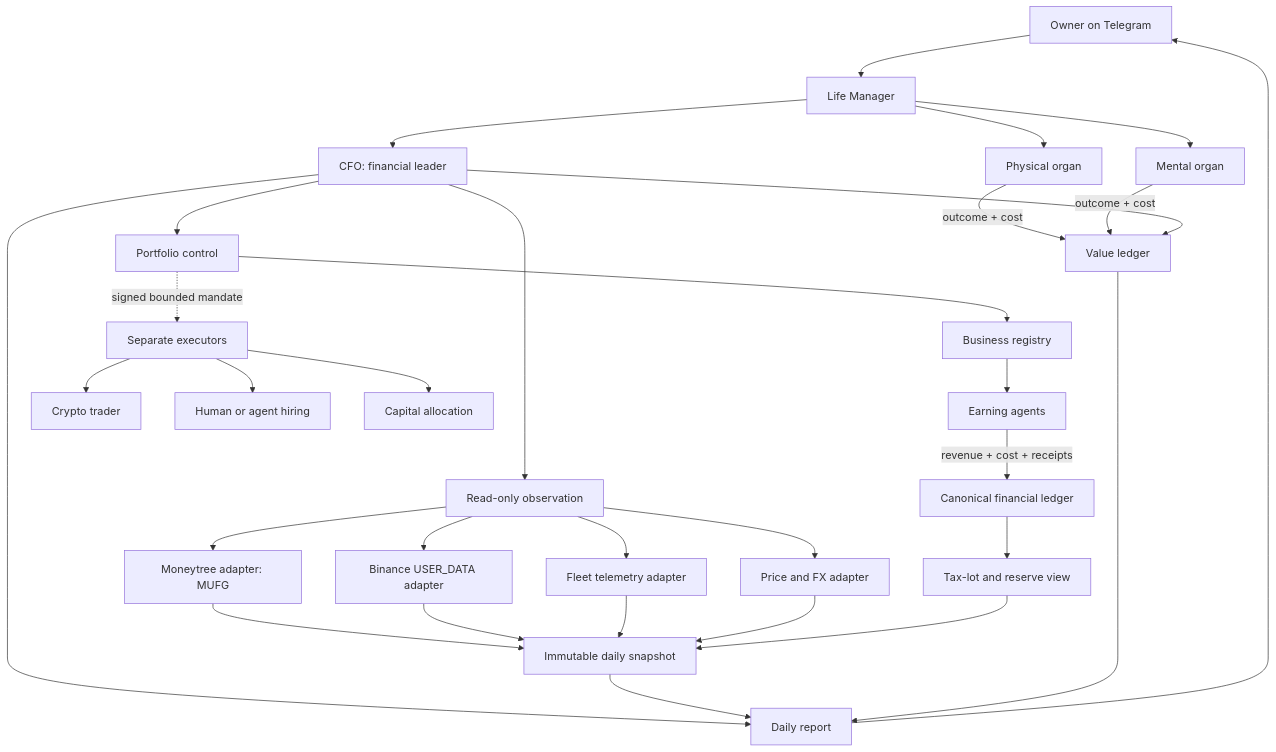
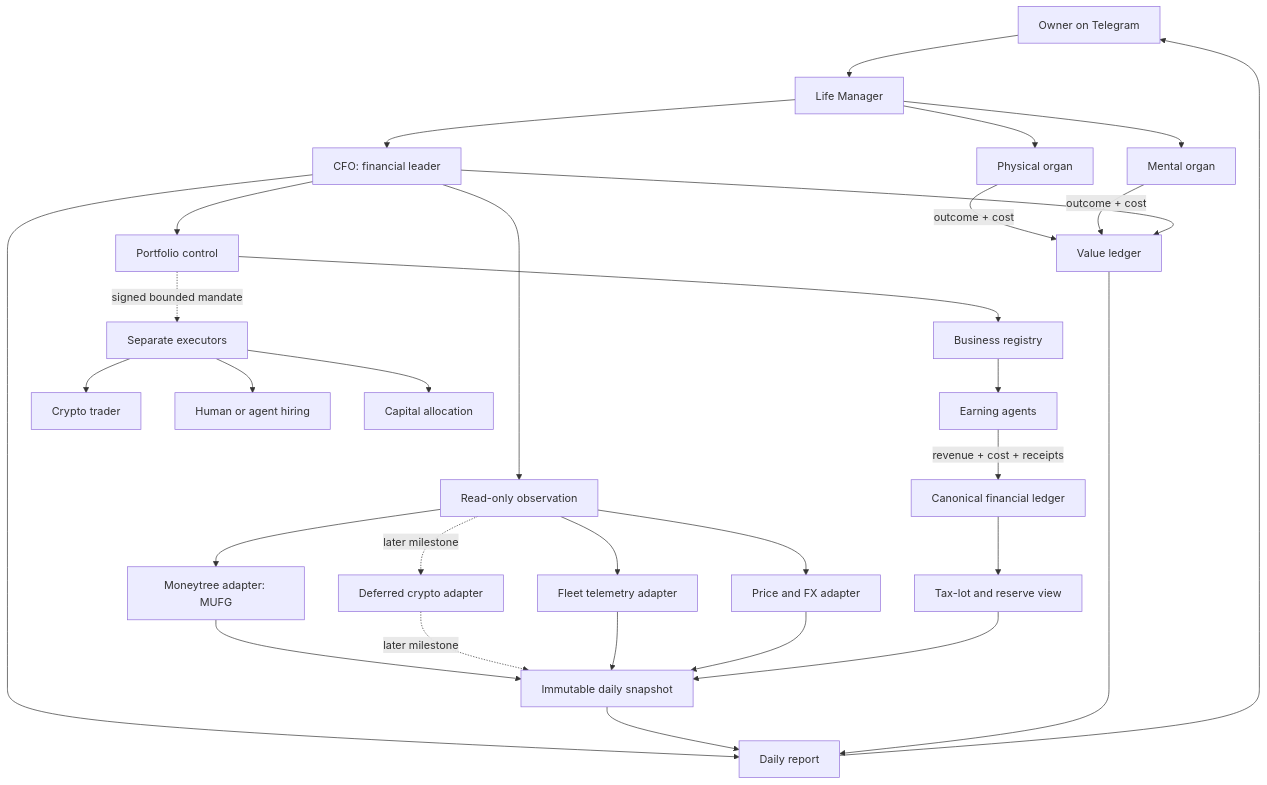
Before and after one commit to Daisuke134/anicca: the first of 7 diagrams in docs/superpowers/specs/2026-08-06-life-manager-cfo-design.md, drawn with Mermaid. The commit also changed other lines of this file and 1 other file, not shown here.

````diff
--- a/docs/superpowers/specs/2026-08-06-life-manager-cfo-design.md
+++ b/docs/superpowers/specs/2026-08-06-life-manager-cfo-design.md
@@ -168,39 +166,39 @@
 ```mermaid
 flowchart TB
     O[Owner on Telegram] --> LM[Life Manager]
     LM --> CFO[CFO: financial leader]
     LM --> PH[Physical organ]
     LM --> MH[Mental organ]
 
     PH -->|outcome + cost| VL[Value ledger]
     MH -->|outcome + cost| VL
     CFO --> VL
 
     CFO --> OBS[Read-only observation]
     CFO --> CTRL[Portfolio control]
     CFO --> REP[Daily report]
 
     OBS --> MT[Moneytree adapter: MUFG]
-    OBS --> BN[Binance USER_DATA adapter]
+    OBS -. later milestone .-> BN[Deferred crypto adapter]
     OBS --> FL[Fleet telemetry adapter]
     OBS --> FX[Price and FX adapter]
 
     CTRL --> BIZ[Business registry]
     BIZ --> EA[Earning agents]
     EA -->|revenue + cost + receipts| LED[Canonical financial ledger]
 
     CTRL -. signed bounded mandate .-> EXE[Separate executors]
     EXE --> TR[Crypto trader]
     EXE --> HR[Human or agent hiring]
     EXE --> CAP[Capital allocation]
 
     LED --> TAX[Tax-lot and reserve view]
     MT --> SNAP[Immutable daily snapshot]
-    BN --> SNAP
+    BN -. later milestone .-> SNAP
     FL --> SNAP
     FX --> SNAP
     TAX --> SNAP
     SNAP --> REP
     VL --> REP
     REP --> O
 ```
````
